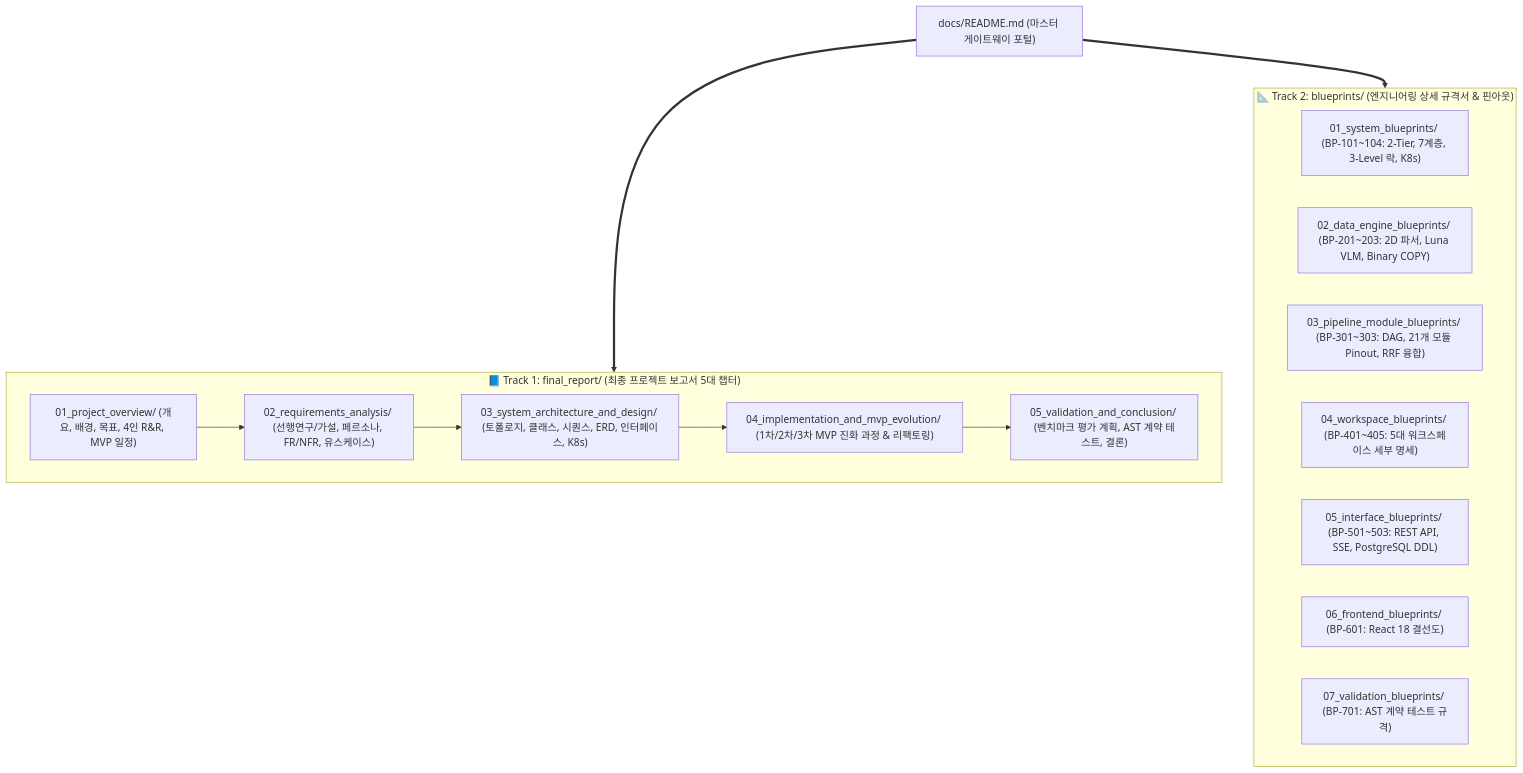
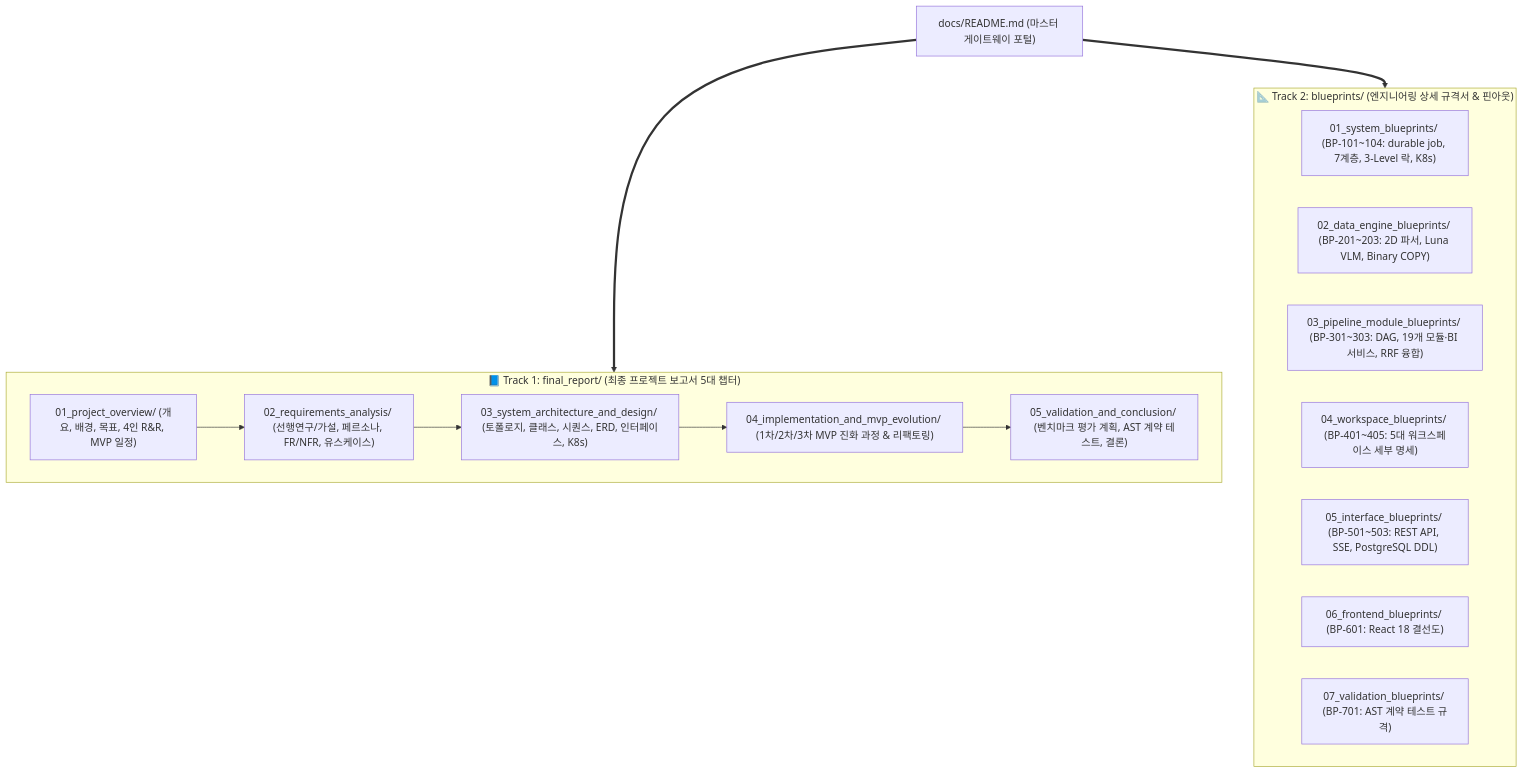
One commit to bist-mini-final/bist-mini-final changed the diagram in docs/README.md. Above: the diagram before and after it, drawn with Mermaid. The commit also changed other lines of this file and 138 other files, not shown here.

````diff
--- a/docs/README.md
+++ b/docs/README.md
@@ -11,26 +13,26 @@
 ```mermaid
 flowchart TD
     ROOT["docs/README.md (마스터 게이트웨이 포털)"]
 
     subgraph ReportTrack ["📘 Track 1: final_report/ (최종 프로젝트 보고서 5대 챕터)"]
         R1["01_project_overview/ (개요, 배경, 목표, 4인 R&R, MVP 일정)"]
         R2["02_requirements_analysis/ (선행연구/가설, 페르소나, FR/NFR, 유스케이스)"]
         R3["03_system_architecture_and_design/ (토폴로지, 클래스, 시퀀스, ERD, 인터페이스, K8s)"]
         R4["04_implementation_and_mvp_evolution/ (1차/2차/3차 MVP 진화 과정 & 리팩토링)"]
         R5["05_validation_and_conclusion/ (벤치마크 평가 계획, AST 계약 테스트, 결론)"]
         R1 --> R2 --> R3 --> R4 --> R5
     end
 
     subgraph BlueprintTrack ["📐 Track 2: blueprints/ (엔지니어링 상세 규격서 & 핀아웃)"]
-        B1["01_system_blueprints/ (BP-101~104: 2-Tier, 7계층, 3-Level 락, K8s)"]
+        B1["01_system_blueprints/ (BP-101~104: durable job, 7계층, 3-Level 락, K8s)"]
         B2["02_data_engine_blueprints/ (BP-201~203: 2D 파서, Luna VLM, Binary COPY)"]
-        B3["03_pipeline_module_blueprints/ (BP-301~303: DAG, 21개 모듈 Pinout, RRF 융합)"]
+        B3["03_pipeline_module_blueprints/ (BP-301~303: DAG, 19개 모듈·BI 서비스, RRF 융합)"]
         B4["04_workspace_blueprints/ (BP-401~405: 5대 워크스페이스 세부 명세)"]
         B5["05_interface_blueprints/ (BP-501~503: REST API, SSE, PostgreSQL DDL)"]
         B6["06_frontend_blueprints/ (BP-601: React 18 결선도)"]
         B7["07_validation_blueprints/ (BP-701: AST 계약 테스트 규격)"]
     end
 
     ROOT ==> ReportTrack
     ROOT ==> BlueprintTrack
 ```
````
